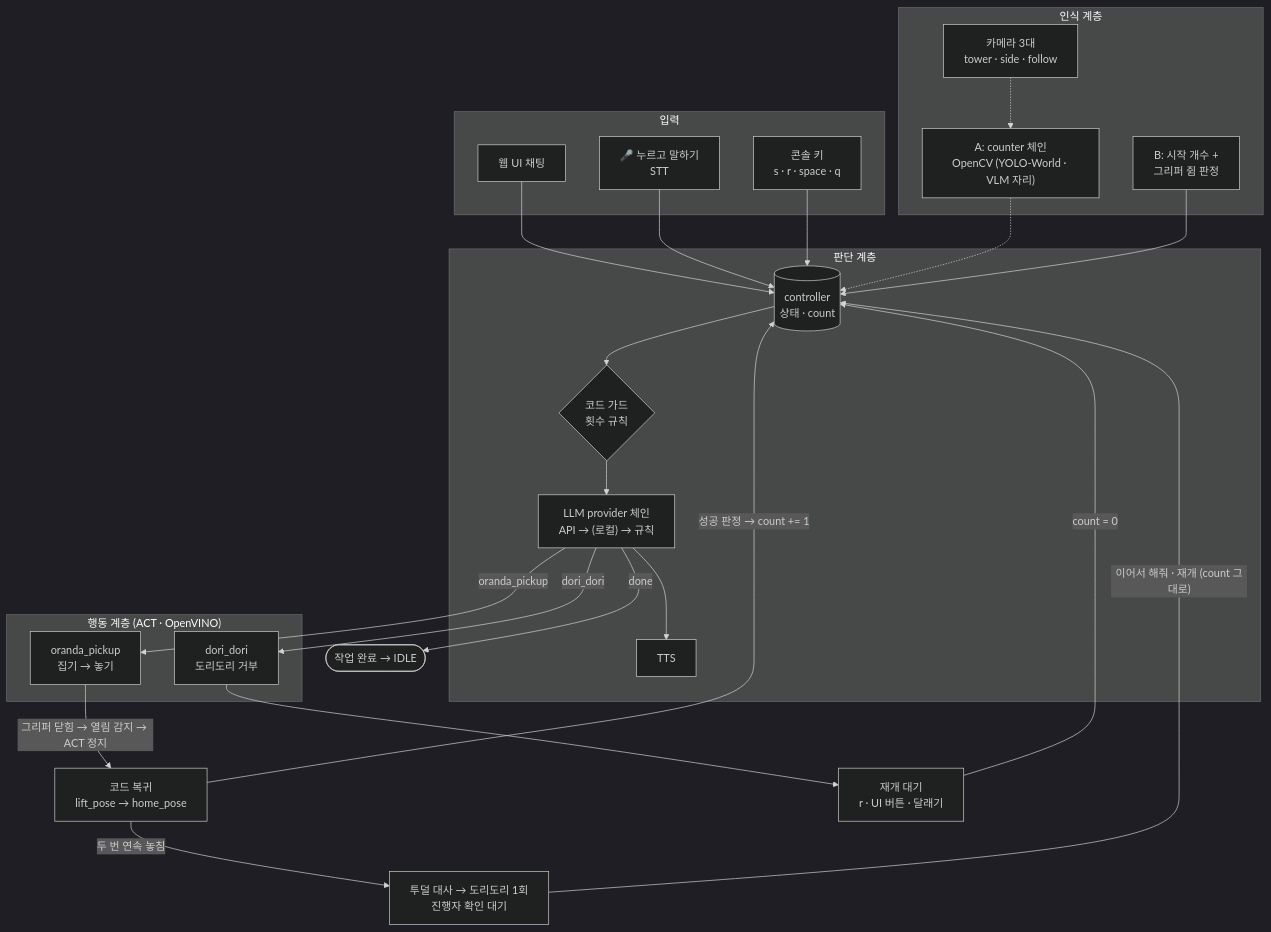
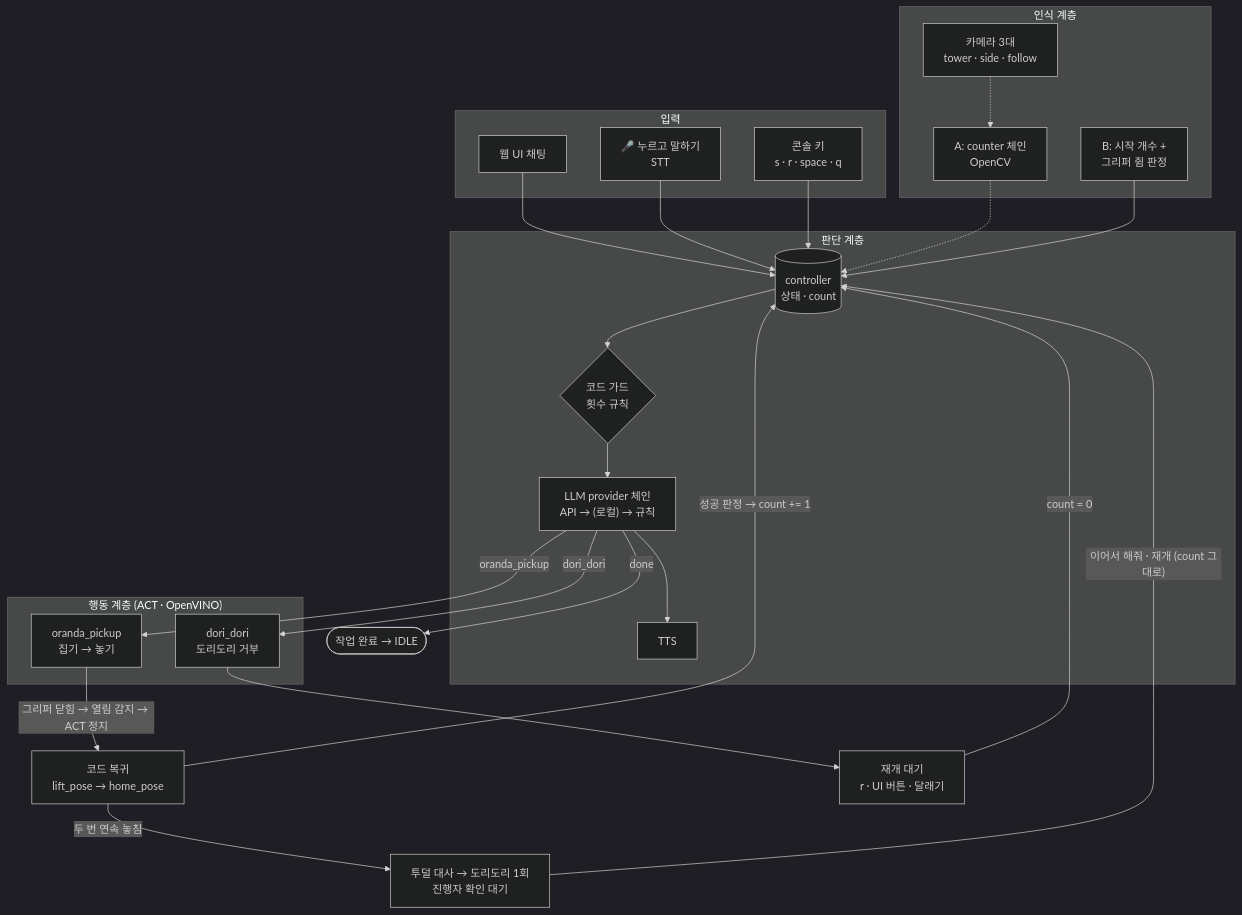
One commit to ttogle918/intel-openvino-homerunball changed the first of 5 diagrams in docs/ARCHITECTURE.md. Above: the diagram before and after it, drawn with Mermaid (dark theme). The commit also changed other lines of this file and 5 other files, not shown here.

````diff
--- a/docs/ARCHITECTURE.md
+++ b/docs/ARCHITECTURE.md
@@ -7,46 +7,46 @@
 ```mermaid
 flowchart TD
     subgraph IN["입력"]
         UI["웹 UI 채팅"]
         MIC["🎤 누르고 말하기<br/>STT"]
         KEY["콘솔 키<br/>s · r · space · q"]
     end
 
     subgraph P["인식 계층"]
         CAM["카메라 3대<br/>tower · side · follow"]
-        CNT_A["A: counter 체인<br/>OpenCV (YOLO-World · VLM 자리)"]
+        CNT_A["A: counter 체인<br/>OpenCV"]
         GRIP["B: 시작 개수 +<br/>그리퍼 쥠 판정"]
     end
 
     subgraph J["판단 계층"]
         CTRL[("controller<br/>상태 · count")]
         GUARD{"코드 가드<br/>횟수 규칙"}
         LLM["LLM provider 체인<br/>API → (로컬) → 규칙"]
         TTS["TTS"]
     end
 
     subgraph A["행동 계층 (ACT · OpenVINO)"]
         S1["oranda_pickup<br/>집기 → 놓기"]
         S2["dori_dori<br/>도리도리 거부"]
     end
 
     HOME["코드 복귀<br/>lift_pose → home_pose"]
 
     UI --> CTRL
     MIC --> CTRL
     KEY --> CTRL
     CAM -.-> CNT_A
     CNT_A -.-> CTRL
     GRIP --> CTRL
     CTRL --> GUARD --> LLM
     LLM --> TTS
     LLM -->|"oranda_pickup"| S1
     LLM -->|"dori_dori"| S2
     LLM -->|"done"| DONE(["작업 완료 → IDLE"])
     S1 -->|"그리퍼 닫힘 → 열림 감지 → ACT 정지"| HOME
     HOME -->|"성공 판정 → count += 1"| CTRL
     S2 --> WAIT["재개 대기<br/>r · UI 버튼 · 달래기"]
     WAIT -->|"count = 0"| CTRL
     HOME -->|"두 번 연속 놓침"| GIVE["투덜 대사 → 도리도리 1회<br/>진행자 확인 대기"]
     GIVE -->|"이어서 해줘 · 재개 (count 그대로)"| CTRL
 ```
````
